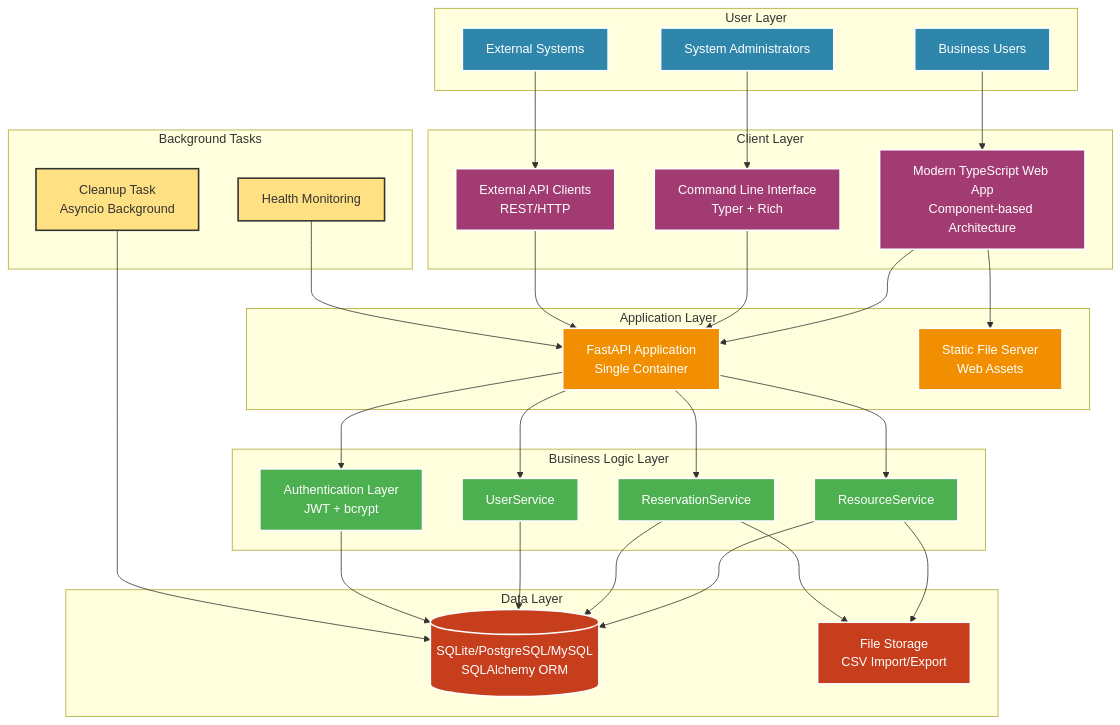
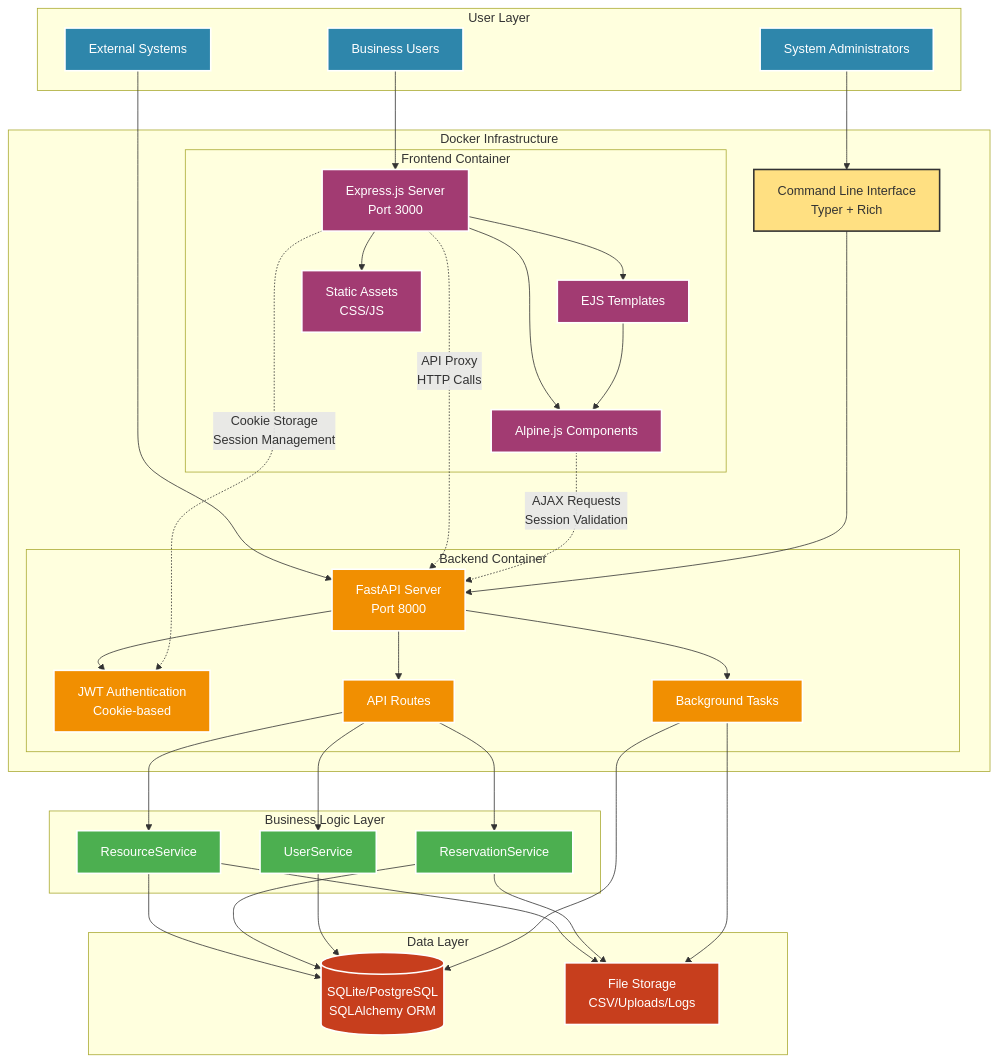
One commit to sylvester-francis/Resource-Reserver changed the first of 4 diagrams in architecture.md. Above: the diagram before and after it, drawn with Mermaid. The commit also changed other lines of this file, not shown here.

First line of the commit message:
Update architecture.md for Express.js + Alpine.js architecture

````diff
--- a/architecture.md
+++ b/architecture.md
@@ -10,32 +10,33 @@
         U3[External Systems]
     end
     
-    subgraph "Client Layer"
-        WEB[Modern TypeScript Web App<br/>Component-based Architecture]
+    subgraph "Docker Infrastructure"
+        subgraph "Frontend Container"
+            WEB[Express.js Server<br/>Port 3000]
+            EJS[EJS Templates]
+            ALPINE[Alpine.js Components]
+            STATIC[Static Assets<br/>CSS/JS]
+        end
+        
+        subgraph "Backend Container"
+            API[FastAPI Server<br/>Port 8000]
+            AUTH[JWT Authentication<br/>Cookie-based]
+            ROUTES[API Routes]
+            BG[Background Tasks]
+        end
+        
         CLI[Command Line Interface<br/>Typer + Rich]
-        API[External API Clients<br/>REST/HTTP]
-    end
-    
-    subgraph "Application Layer"
-        FASTAPI[FastAPI Application<br/>Single Container]
-        STATIC[Static File Server<br/>Web Assets]
     end
     
     subgraph "Business Logic Layer"
         RS[ResourceService]
         ReS[ReservationService]  
         US[UserService]
-        AUTH[Authentication Layer<br/>JWT + bcrypt]
     end
     
     subgraph "Data Layer"
-        DB[(SQLite/PostgreSQL/MySQL<br/>SQLAlchemy ORM)]
-        FS[File Storage<br/>CSV Import/Export]
-    end
-    
-    subgraph "Background Tasks"
-        CLEANUP[Cleanup Task<br/>Asyncio Background]
-        HEALTH[Health Monitoring]
+        DB[(SQLite/PostgreSQL<br/>SQLAlchemy ORM)]
+        FS[File Storage<br/>CSV/Uploads/Logs]
     end
     
     %% User connections
@@ -43,43 +44,52 @@
     U2 --> CLI
     U3 --> API
     
-    %% Client to application
-    WEB --> FASTAPI
+    %% Frontend architecture
+    WEB --> EJS
+    WEB --> ALPINE
     WEB --> STATIC
-    CLI --> FASTAPI
-    API --> FASTAPI
+    EJS --> ALPINE
     
-    %% Application to services
-    FASTAPI --> RS
-    FASTAPI --> ReS
-    FASTAPI --> US
-    FASTAPI --> AUTH
+    %% Frontend to Backend communication
+    WEB -.->|API Proxy<br/>HTTP Calls| API
+    ALPINE -.->|AJAX Requests<br/>Session Validation| API
+    CLI --> API
+    
+    %% Backend internal
+    API --> AUTH
+    API --> ROUTES
+    API --> BG
+    ROUTES --> RS
+    ROUTES --> ReS
+    ROUTES --> US
     
     %% Services to data
     RS --> DB
     ReS --> DB
     US --> DB
-    AUTH --> DB
     
     RS --> FS
     ReS --> FS
     
     %% Background tasks
-    CLEANUP --> DB
-    HEALTH --> FASTAPI
+    BG --> DB
+    BG --> FS
+    
+    %% Session management
+    WEB -.->|Cookie Storage<br/>Session Management| AUTH
     
     %% Styling
     classDef userClass fill:#2E86AB,stroke:#fff,stroke-width:2px,color:#fff
-    classDef clientClass fill:#A23B72,stroke:#fff,stroke-width:2px,color:#fff
-    classDef appClass fill:#F18F01,stroke:#fff,stroke-width:2px,color:#fff
+    classDef containerClass fill:#A23B72,stroke:#fff,stroke-width:2px,color:#fff
+    classDef backendClass fill:#F18F01,stroke:#fff,stroke-width:2px,color:#fff
     classDef serviceClass fill:#4CAF50,stroke:#fff,stroke-width:2px,color:#fff
     classDef dataClass fill:#C73E1D,stroke:#fff,stroke-width:2px,color:#fff
-    classDef bgClass fill:#FFE082,stroke:#333,stroke-width:2px
+    classDef cliClass fill:#FFE082,stroke:#333,stroke-width:2px
     
     class U1,U2,U3 userClass
-    class WEB,CLI,API clientClass
-    class FASTAPI,STATIC appClass
-    class RS,ReS,US,AUTH serviceClass
+    class WEB,EJS,ALPINE,STATIC containerClass
+    class API,AUTH,ROUTES,BG backendClass
+    class RS,ReS,US serviceClass
     class DB,FS dataClass
-    class CLEANUP,HEALTH bgClass
+    class CLI cliClass
 ```
````
